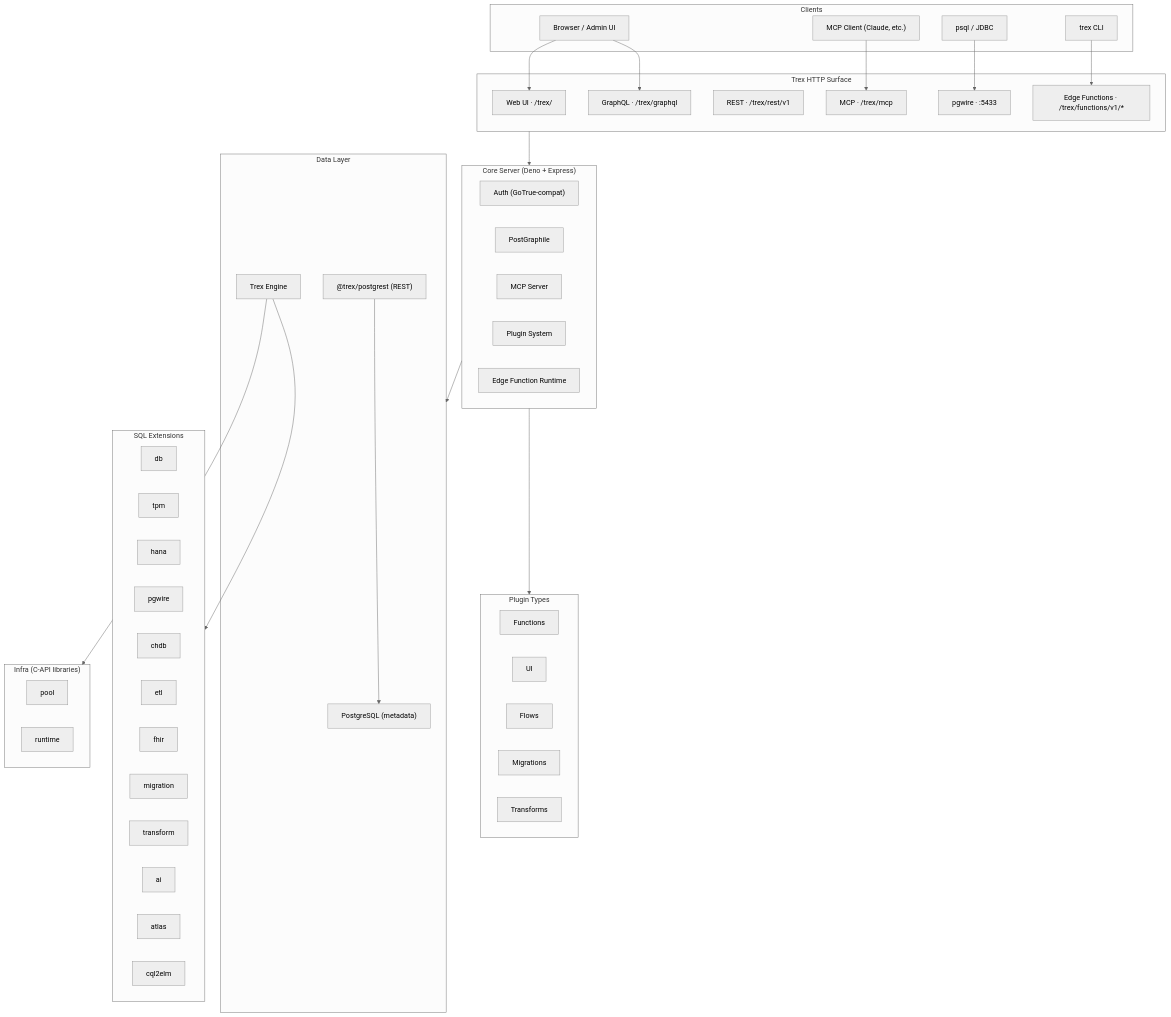
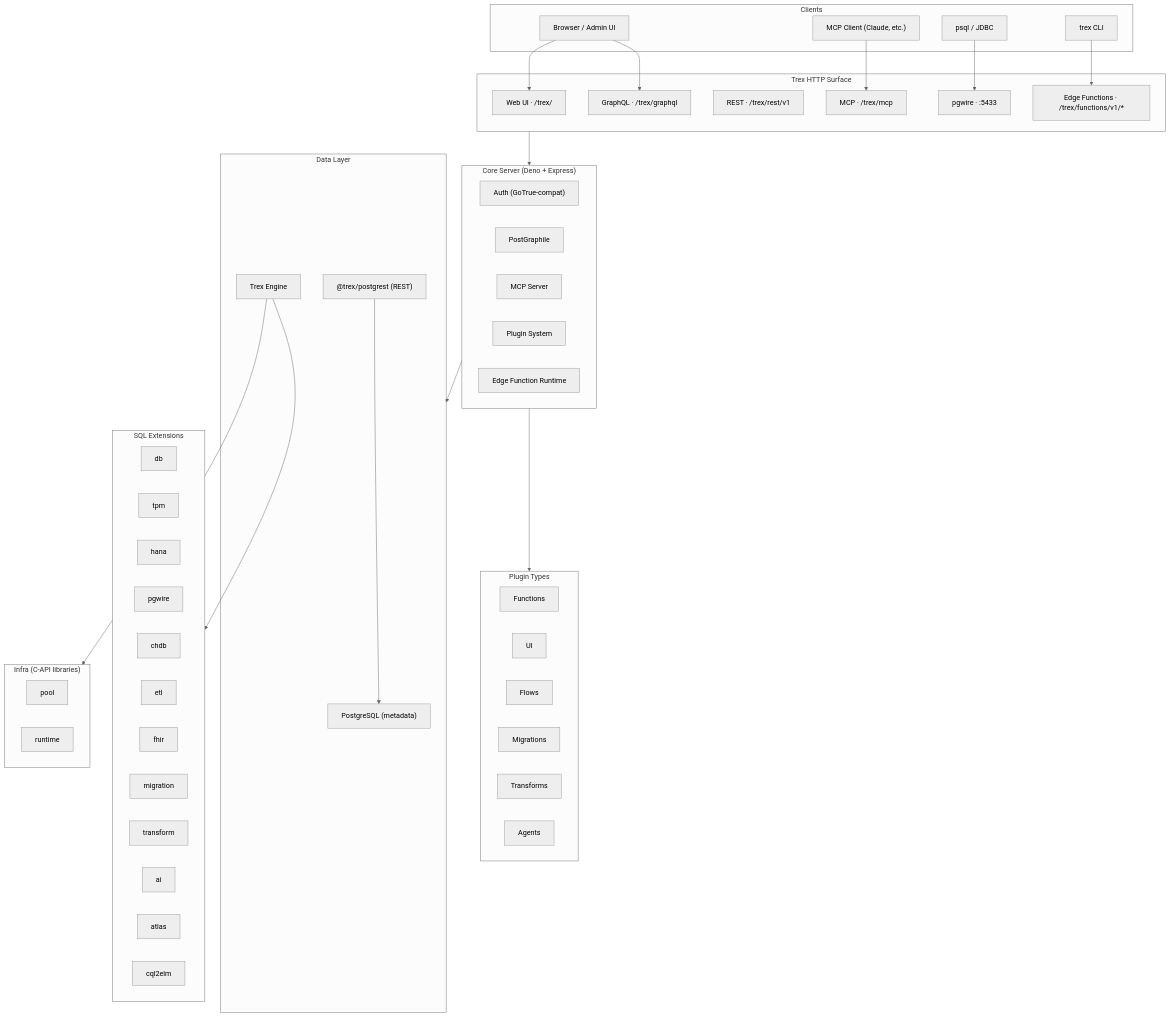
One commit to OHDSI/trex changed the first of 2 diagrams in plugins/docs/docs/concepts/architecture.md. Above: the diagram before and after it, drawn with Mermaid (neutral theme). The commit also changed other lines of this file and 4 other files, not shown here.

First line of the commit message:
docs: add agent plugin type reference and update plugin-type diagrams

````diff
--- a/plugins/docs/docs/concepts/architecture.md
+++ b/plugins/docs/docs/concepts/architecture.md
@@ -14,63 +14,64 @@
 ```mermaid
 flowchart TD
     subgraph Clients["Clients"]
         Browser["Browser / Admin UI"]
         Psql["psql / JDBC"]
         AI["MCP Client (Claude, etc.)"]
         CLI["trex CLI"]
     end
 
     subgraph Frontend["Trex HTTP Surface"]
         WebUI["Web UI · /trex/"]
         GraphQL["GraphQL · /trex/graphql"]
         REST["REST · /trex/rest/v1"]
         MCP["MCP · /trex/mcp"]
         Pgwire["pgwire · :5433"]
         FunctionsAPI["Edge Functions · /trex/functions/v1/*"]
     end
 
     subgraph Server["Core Server (Deno + Express)"]
         Auth["Auth (GoTrue-compat)"]
         PostGraphile["PostGraphile"]
         MCPServer["MCP Server"]
         PluginSys["Plugin System"]
         FuncRuntime["Edge Function Runtime"]
     end
 
     subgraph Plugins["Plugin Types"]
         Functions
         UI
         Flows
         Migrations
         Transforms
+        Agents
     end
 
     subgraph Data["Data Layer"]
         PostgreSQL["PostgreSQL (metadata)"]
         Engine["Trex Engine"]
         PostgREST["@trex/postgrest (REST)"]
     end
 
     subgraph SqlExtensions["SQL Extensions"]
         db & tpm & hana & pgwire & chdb
         etl & fhir & migration & transform
         ai & atlas & cql2elm
     end
 
     subgraph InfraExtensions["Infra (C-API libraries)"]
         pool & runtime
     end
 
     Browser --> WebUI
     Browser --> GraphQL
     AI --> MCP
     CLI --> FunctionsAPI
     Psql --> Pgwire
 
     Frontend --> Server
     Server --> Plugins
     Server --> Data
     Engine --> SqlExtensions
     Engine --> InfraExtensions
     PostgREST --> PostgreSQL
 ```
````
